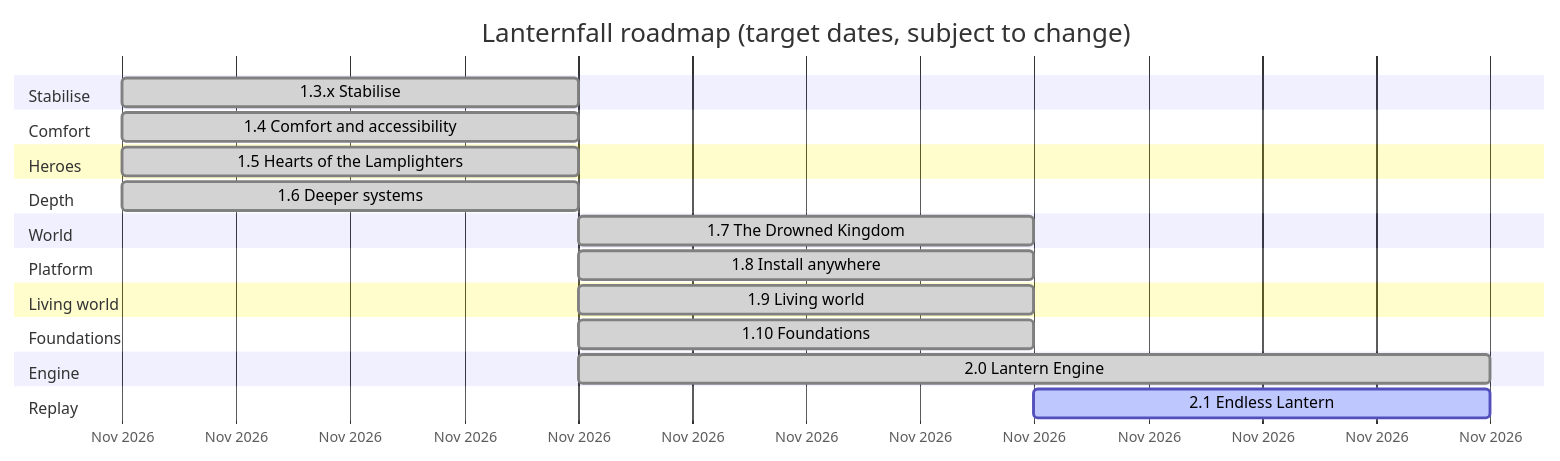
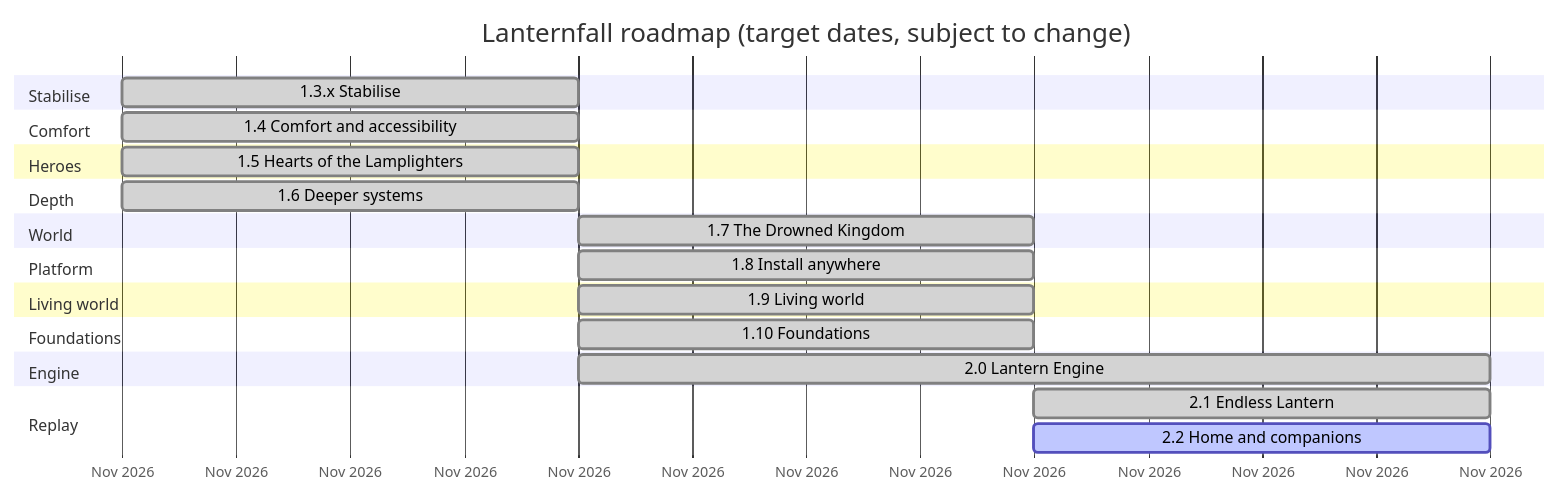
The third of 13 diagrams in ROADMAP.md (CptNope/Laternfall), drawn with Mermaid before and after one commit. The commit also changed other lines of this file and 21 other files, not shown here.

````diff
--- a/ROADMAP.md
+++ b/ROADMAP.md
@@ -99,26 +99,27 @@
 ```mermaid
 gantt
     title Lanternfall roadmap (target dates, subject to change)
     dateFormat YYYY-MM-DD
     axisFormat %b %Y
     section Stabilise
     1.3.x Stabilise                  :done, m13, 2026-11-23, 1d
     section Comfort
     1.4 Comfort and accessibility    :done, m14, 2026-11-23, 1d
     section Heroes
     1.5 Hearts of the Lamplighters   :done, m15, 2026-11-23, 1d
     section Depth
     1.6 Deeper systems               :done, m16, 2026-11-23, 1d
     section World
     1.7 The Drowned Kingdom          :done, m17, 2026-11-24, 1d
     section Platform
     1.8 Install anywhere             :done, m18, 2026-11-24, 1d
     section Living world
     1.9 Living world                 :done, m19, 2026-11-24, 1d
     section Foundations
     1.10 Foundations                 :done, m110, 2026-11-24, 1d
     section Engine
     2.0 Lantern Engine               :done, m20, 2026-11-24, 2d
     section Replay
-    2.1 Endless Lantern              :active, m21, 2026-11-25, 1d
+    2.1 Endless Lantern              :done, m21, 2026-11-25, 1d
+    2.2 Home and companions          :active, m22, 2026-11-25, 1d
 ```
````
